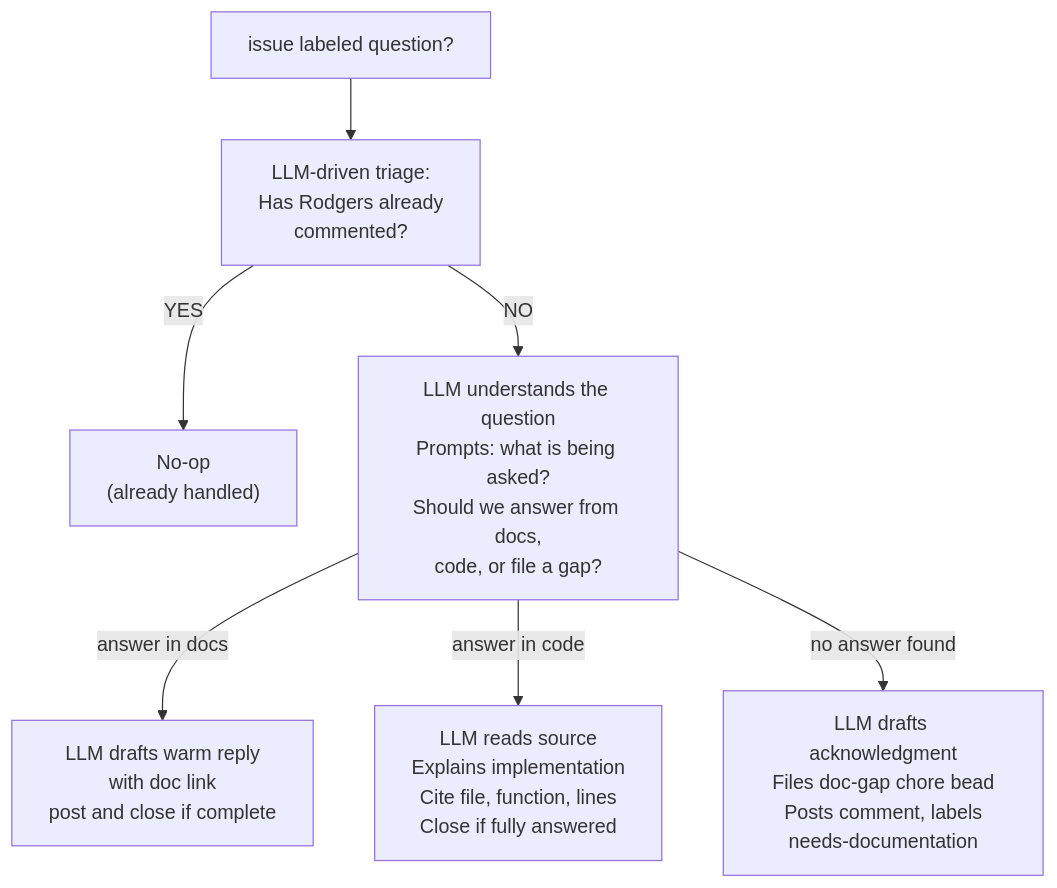
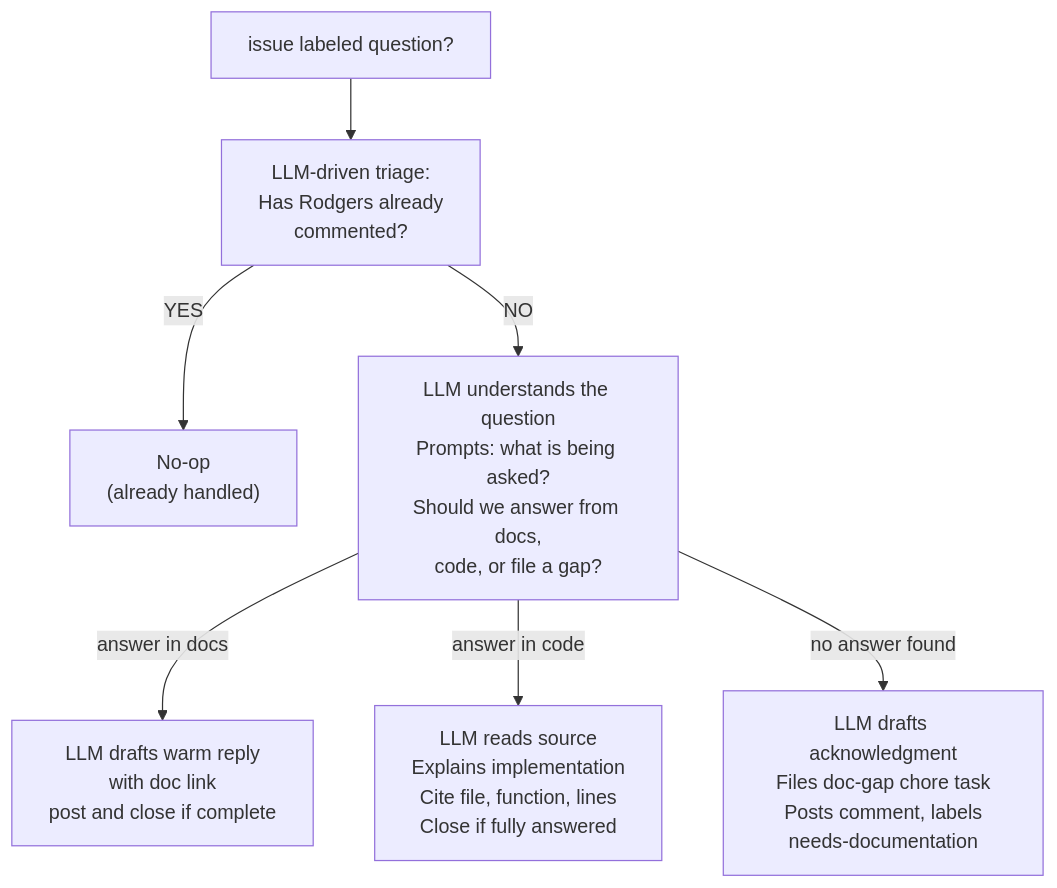
The diagram in plans/question-routing-plan.md (lesserevil/rogers), drawn with Mermaid before and after one commit. The commit also changed other lines of this file and 248 other files, not shown here.

````diff
--- a/plans/question-routing-plan.md
+++ b/plans/question-routing-plan.md
@@ -138,9 +138,9 @@
 ```mermaid
 flowchart TD
     A["issue labeled question?"] --> B["LLM-driven triage:\nHas Rodgers already\ncommented?"]
     B -->|"YES"| C["No-op\n(already handled)"]
     B -->|"NO"| D["LLM understands the question\nPrompts: what is being asked?\nShould we answer from docs,\ncode, or file a gap?"]
     D -->|"answer in docs"| E["LLM drafts warm reply\nwith doc link\npost and close if complete"]
     D -->|"answer in code"| F["LLM reads source\nExplains implementation\nCite file, function, lines\nClose if fully answered"]
-    D -->|"no answer found"| G["LLM drafts acknowledgment\nFiles doc-gap chore bead\nPosts comment, labels\nneeds-documentation"]
+    D -->|"no answer found"| G["LLM drafts acknowledgment\nFiles doc-gap chore task\nPosts comment, labels\nneeds-documentation"]
 ```
````
